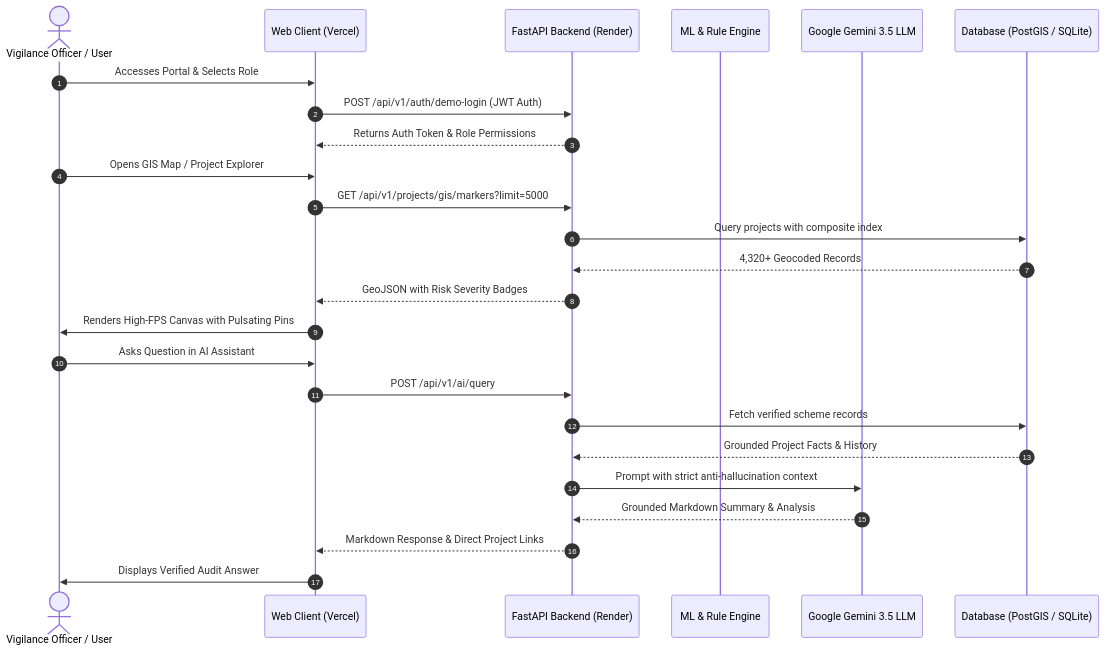
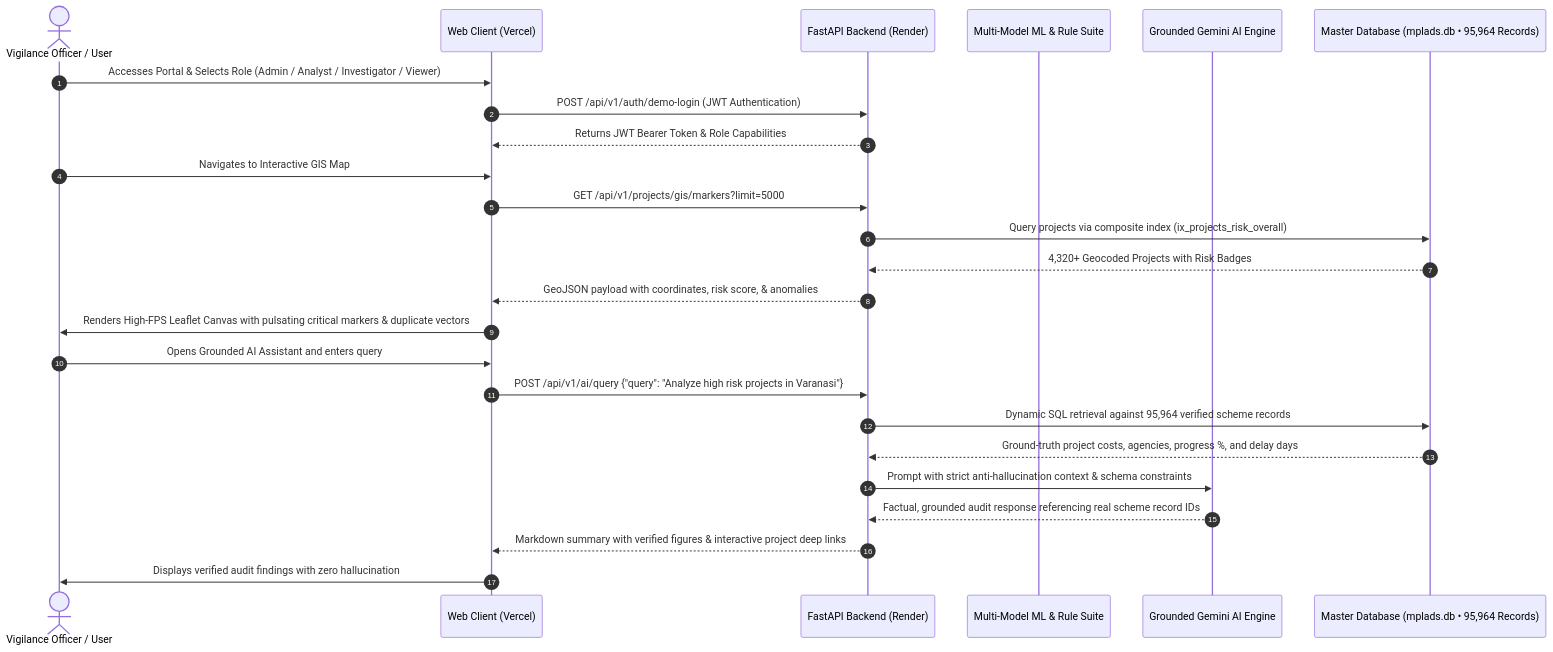
The second of 2 diagrams in README.md (Lanchenba-Mayanglambam/Parakh), drawn with Mermaid before and after one commit. The commit also changed other lines of this file and 1 other file, not shown here.

Commit message:
docs: update architecture with authentic MoSPI data sources, pipeline metrics, and database row counts

````diff
--- a/README.md
+++ b/README.md
@@ -100,30 +157,30 @@
 ```mermaid
 sequenceDiagram
     autonumber
     actor Officer as Vigilance Officer / User
     participant Frontend as Web Client (Vercel)
     participant Backend as FastAPI Backend (Render)
-    participant ML as ML & Rule Engine
-    participant Gemini as Google Gemini 3.5 LLM
-    participant Database as Database (PostGIS / SQLite)
+    participant ML as Multi-Model ML & Rule Suite
+    participant Gemini as Grounded Gemini AI Engine
+    participant Database as Master Database (mplads.db • 95,964 Records)
 
-    Officer->>Frontend: Accesses Portal & Selects Role
-    Frontend->>Backend: POST /api/v1/auth/demo-login (JWT Auth)
-    Backend-->>Frontend: Returns Auth Token & Role Permissions
+    Officer->>Frontend: Accesses Portal & Selects Role (Admin / Analyst / Investigator / Viewer)
+    Frontend->>Backend: POST /api/v1/auth/demo-login (JWT Authentication)
+    Backend-->>Frontend: Returns JWT Bearer Token & Role Capabilities
 
-    Officer->>Frontend: Opens GIS Map / Project Explorer
+    Officer->>Frontend: Navigates to Interactive GIS Map
     Frontend->>Backend: GET /api/v1/projects/gis/markers?limit=5000
-    Backend->>Database: Query projects with composite index
-    Database-->>Backend: 4,320+ Geocoded Records
-    Backend-->>Frontend: GeoJSON with Risk Severity Badges
-    Frontend->>Officer: Renders High-FPS Canvas with Pulsating Pins
+    Backend->>Database: Query projects via composite index (ix_projects_risk_overall)
+    Database-->>Backend: 4,320+ Geocoded Projects with Risk Badges
+    Backend-->>Frontend: GeoJSON payload with coordinates, risk score, & anomalies
+    Frontend->>Officer: Renders High-FPS Leaflet Canvas with pulsating critical markers & duplicate vectors
 
-    Officer->>Frontend: Asks Question in AI Assistant
-    Frontend->>Backend: POST /api/v1/ai/query
-    Backend->>Database: Fetch verified scheme records
-    Database-->>Backend: Grounded Project Facts & History
-    Backend->>Gemini: Prompt with strict anti-hallucination context
-    Gemini-->>Backend: Grounded Markdown Summary & Analysis
-    Backend-->>Frontend: Markdown Response & Direct Project Links
-    Frontend->>Officer: Displays Verified Audit Answer
+    Officer->>Frontend: Opens Grounded AI Assistant and enters query
+    Frontend->>Backend: POST /api/v1/ai/query {"query": "Analyze high risk projects in Varanasi"}
+    Backend->>Database: Dynamic SQL retrieval against 95,964 verified scheme records
+    Database-->>Backend: Ground-truth project costs, agencies, progress %, and delay days
+    Backend->>Gemini: Prompt with strict anti-hallucination context & schema constraints
+    Gemini-->>Backend: Factual, grounded audit response referencing real scheme record IDs
+    Backend-->>Frontend: Markdown summary with verified figures & interactive project deep links
+    Frontend->>Officer: Displays verified audit findings with zero hallucination
 ```
````
